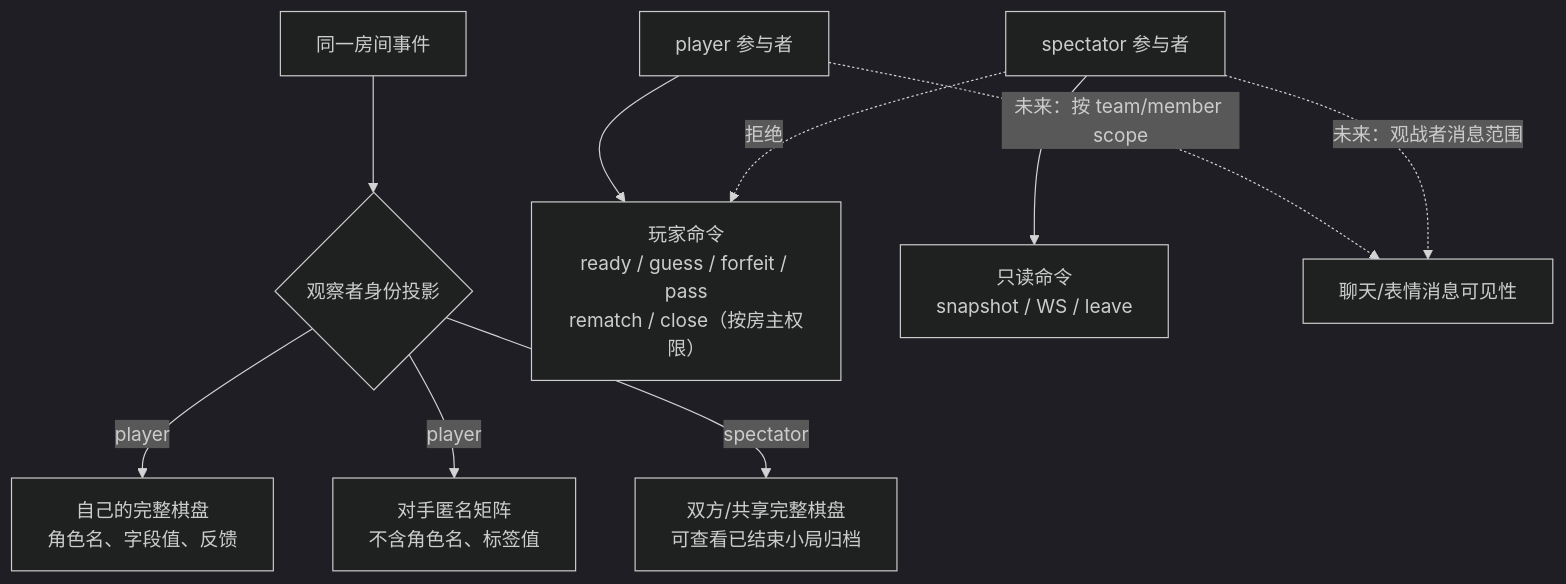
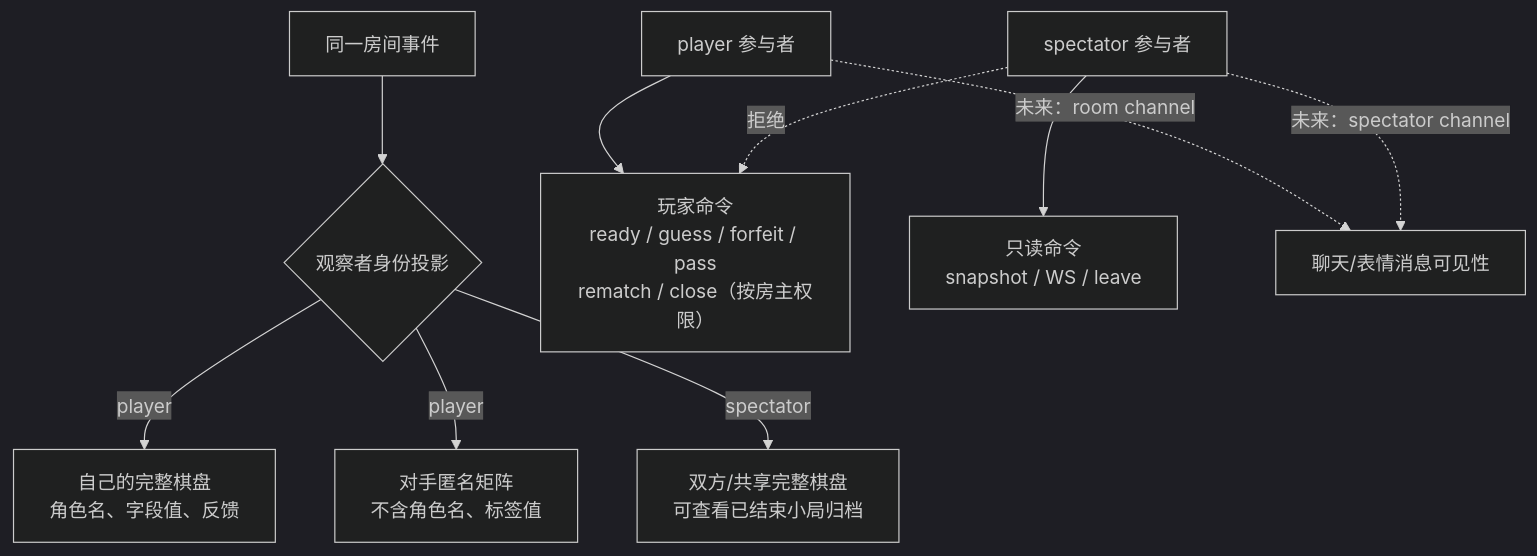
One commit to jachinzhang1/TouhouFlandre changed the third of 6 diagrams in docs/multiplayer-expansion/README.md. Above: the diagram before and after it, drawn with Mermaid (dark theme). The commit also changed other lines of this file and 10 other files, not shown here.

Commit message:
docs(multiplayer): refine expansion roadmap

````diff
--- a/docs/multiplayer-expansion/README.md
+++ b/docs/multiplayer-expansion/README.md
@@ -85,18 +87,18 @@
 ```mermaid
 flowchart TB
     EVENT2["同一房间事件"] --> PROJECT2{"观察者身份投影"}
     PROJECT2 -->|player| SELF["自己的完整棋盘<br/>角色名、字段值、反馈"]
     PROJECT2 -->|player| OPP["对手匿名矩阵<br/>不含角色名、标签值"]
     PROJECT2 -->|spectator| FULL["双方/共享完整棋盘<br/>可查看已结束小局归档"]
 
     PLAYER["player 参与者"]
     SPECTATOR["spectator 参与者"]
     PLAYER_ACTIONS["玩家命令<br/>ready / guess / forfeit / pass<br/>rematch / close（按房主权限）"]
     READ_ACTIONS["只读命令<br/>snapshot / WS / leave"]
     PLAYER --> PLAYER_ACTIONS
     SPECTATOR --> READ_ACTIONS
     SPECTATOR -.->|拒绝| PLAYER_ACTIONS
 
-    PLAYER -.->|未来：按 team/member scope| CHAT["聊天/表情消息可见性"]
-    SPECTATOR -.->|未来：观战者消息范围| CHAT
+    PLAYER -.->|未来：room channel| CHAT["聊天/表情消息可见性"]
+    SPECTATOR -.->|未来：spectator channel| CHAT
 ```
````
